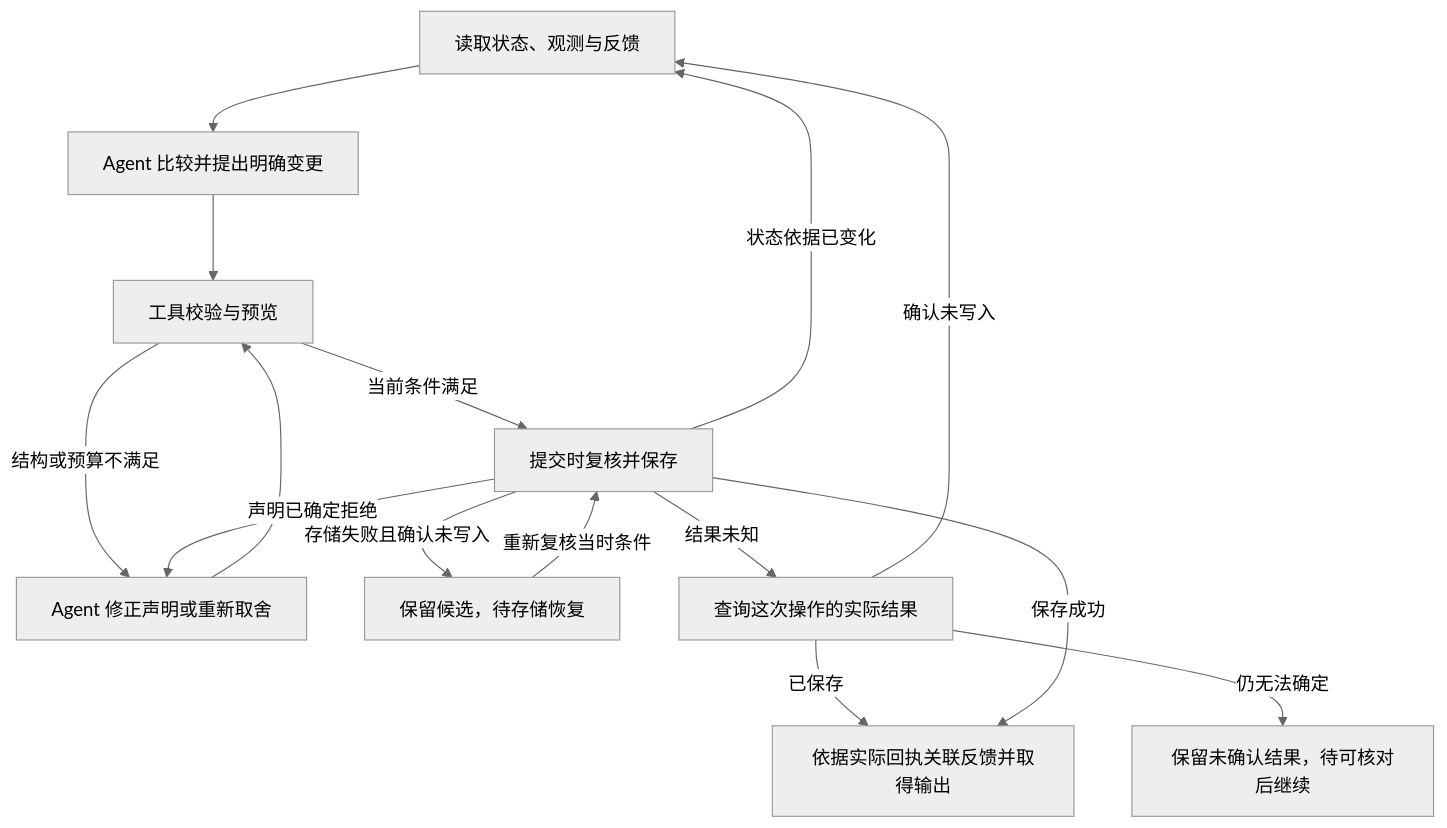
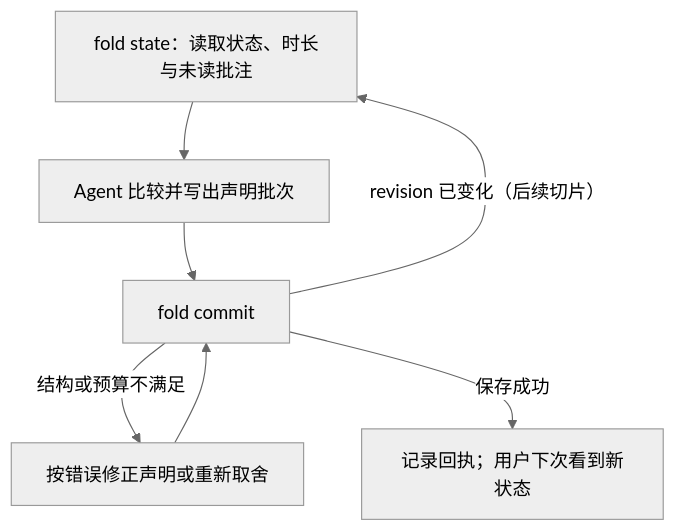
One commit to nemori-ai/fold-skill changed the diagram in docs/skill-design.md. Above: the diagram before and after it, drawn with Mermaid (neutral theme). The commit also changed other lines of this file and 13 other files, not shown here.

````diff
--- a/docs/skill-design.md
+++ b/docs/skill-design.md
@@ -149,17 +109,9 @@
 ```mermaid
 flowchart TD
-  R["读取状态、观测与反馈"] --> J["Agent 比较并提出明确变更"]
-  J --> V["工具校验与预览"]
-  V -->|"结构或预算不满足"| Fix["Agent 修正声明或重新取舍"]
-  Fix --> V
-  V -->|"当前条件满足"| C["提交时复核并保存"]
-  C -->|"状态依据已变化"| R
-  C -->|"声明已确定拒绝"| Fix
-  C -->|"存储失败且确认未写入"| Wait["保留候选，待存储恢复"]
-  Wait -->|"重新复核当时条件"| C
-  C -->|"结果未知"| Q["查询这次操作的实际结果"]
-  Q -->|"已保存"| Done["依据实际回执关联反馈并取得输出"]
-  Q -->|"确认未写入"| R
-  Q -->|"仍无法确定"| Pending["保留未确认结果，待可核对后继续"]
-  C -->|"保存成功"| Done
+  R["fold state：读取状态、时长与未读批注"] --> J["Agent 比较并写出声明批次"]
+  J --> C["fold commit"]
+  C -->|"结构或预算不满足"| Fix["按错误修正声明或重新取舍"]
+  Fix --> C
+  C -->|"revision 已变化（后续切片）"| R
+  C -->|"保存成功"| Done["记录回执；用户下次看到新状态"]
 ```
````
